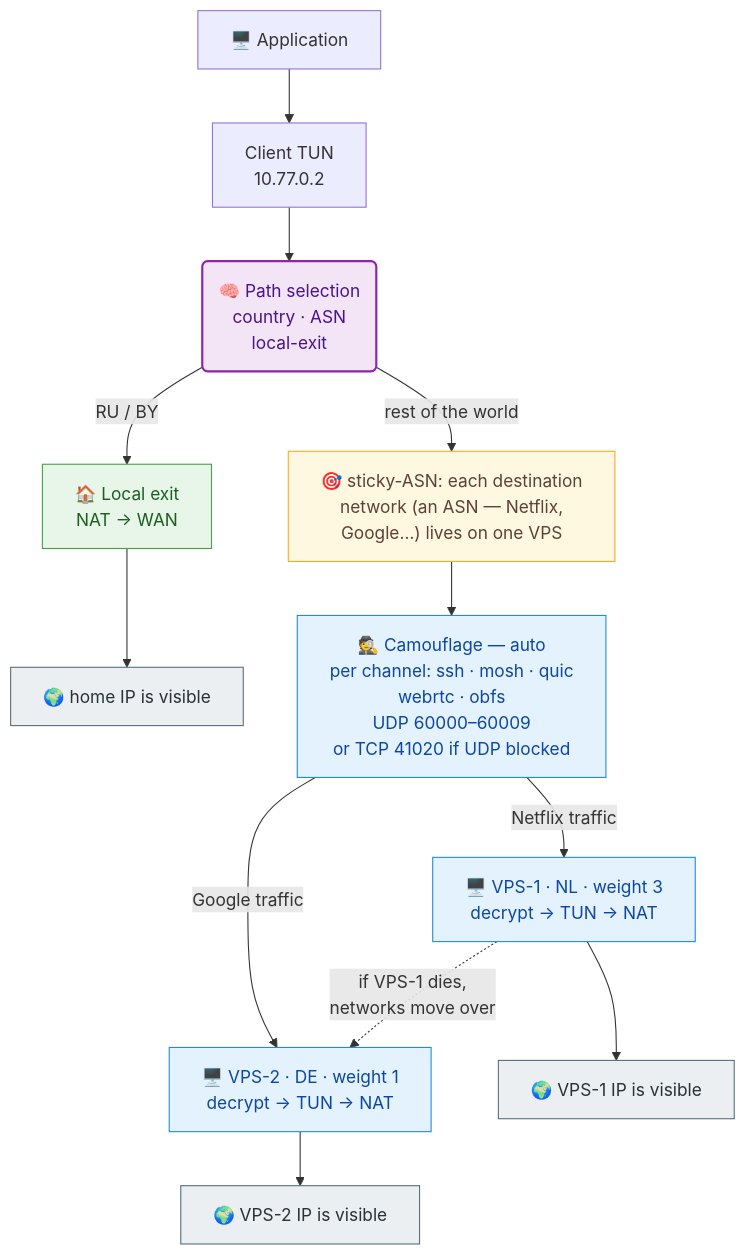
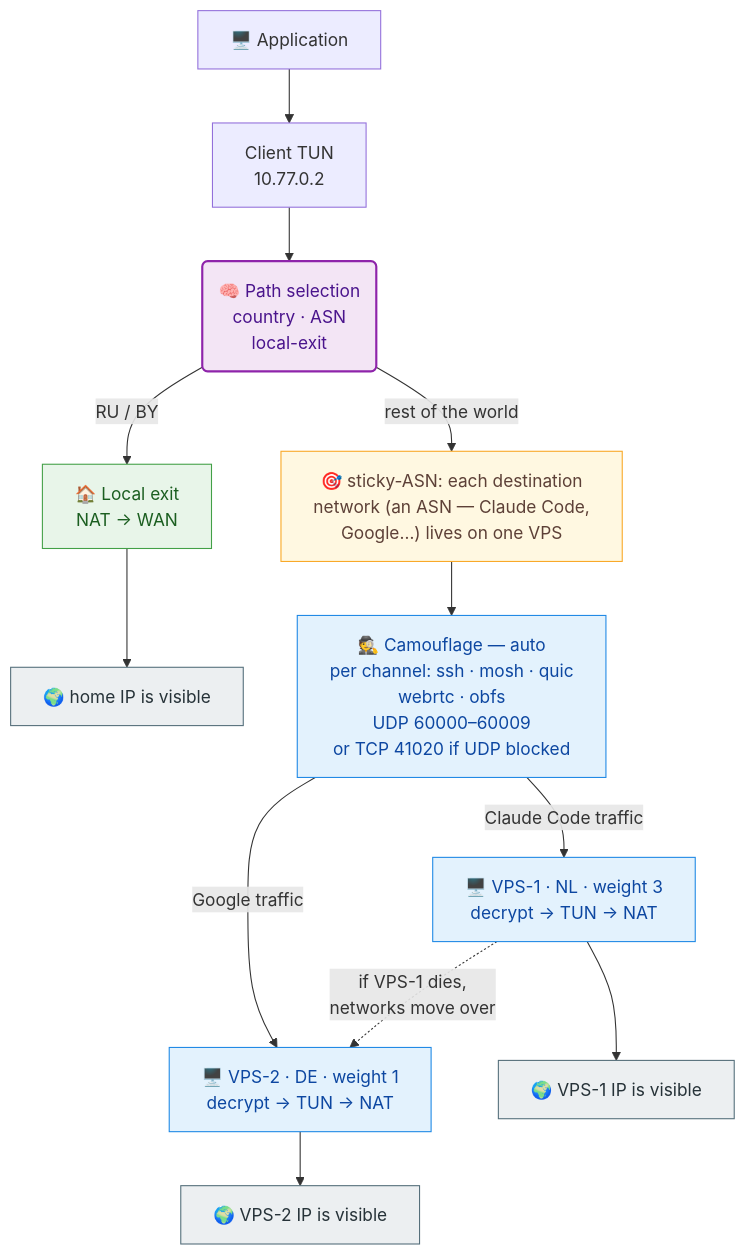
Before and after one commit to vadv/svpn: the diagram in README.en.md, drawn with Mermaid. The commit also changed 1 other file, not shown here.

Commit message:
docs: use Claude Code as the sticky-ASN example

````diff
--- a/README.en.md
+++ b/README.en.md
@@ -9,25 +9,25 @@
 ```mermaid
 %%{init: {"flowchart": {"wrappingWidth": 280}}}%%
 flowchart TD
     app["🖥️ Application"] --> tun["Client TUN<br/>10.77.0.2"]
     tun --> brain("🧠 Path selection<br/>country · ASN<br/>local-exit")
     brain -->|"RU / BY"| local["🏠 Local exit<br/>NAT → WAN"]
     local --> home["🌍 home IP is visible"]
-    brain -->|"rest of the world"| asn["🎯 sticky-ASN: each destination<br/>network (an ASN — Netflix,<br/>Google…) lives on one VPS"]
+    brain -->|"rest of the world"| asn["🎯 sticky-ASN: each destination<br/>network (an ASN — Claude Code,<br/>Google…) lives on one VPS"]
     asn --> mimic["🕵️ Camouflage — auto<br/>per channel: ssh · mosh · quic<br/>webrtc · obfs<br/>UDP 60000–60009<br/>or TCP 41020 if UDP blocked"]
-    mimic -->|"Netflix traffic"| vps1["🖥️ VPS-1 · NL · weight 3<br/>decrypt → TUN → NAT"]
+    mimic -->|"Claude Code traffic"| vps1["🖥️ VPS-1 · NL · weight 3<br/>decrypt → TUN → NAT"]
     mimic -->|"Google traffic"| vps2["🖥️ VPS-2 · DE · weight 1<br/>decrypt → TUN → NAT"]
     vps1 --> net1["🌍 VPS-1 IP is visible"]
     vps2 --> net2["🌍 VPS-2 IP is visible"]
     vps1 -.->|"if VPS-1 dies,<br/>networks move over"| vps2
     classDef brain fill:#f3e5f5,stroke:#8e24aa,stroke-width:2px,color:#4a148c
     classDef local fill:#e8f5e9,stroke:#43a047,color:#1b5e20
     classDef asn fill:#fff8e1,stroke:#f9a825,color:#5d4037
     classDef vpn fill:#e3f2fd,stroke:#1e88e5,color:#0d47a1
     classDef edge fill:#eceff1,stroke:#546e7a,color:#263238
     class brain brain
     class local local
     class asn asn
     class mimic,vps1,vps2 vpn
     class home,net1,net2 edge
 ```
````
